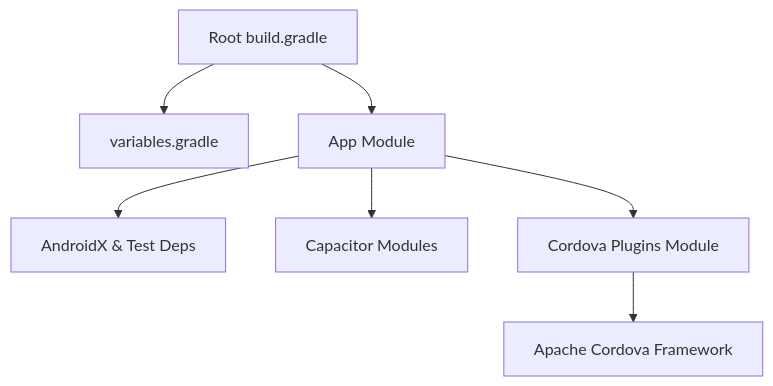
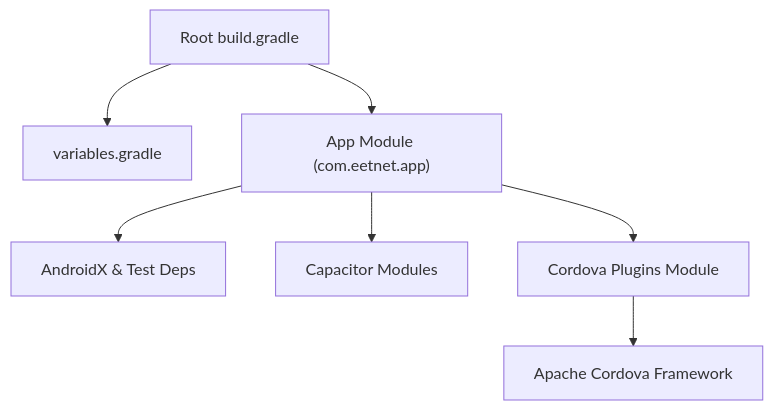
The third of 3 diagrams in .qoder/repowiki/en/content/Deployment & DevOps/Build Processes/Android Build Pipeline.md (techniciansupremus-lab/Project-Anime), drawn with Mermaid before and after one commit. The commit also changed other lines of this file and 101 other files, not shown here.

````diff
--- a/.qoder/repowiki/en/content/Deployment & DevOps/Build Processes/Android Build Pipeline.md
+++ b/.qoder/repowiki/en/content/Deployment & DevOps/Build Processes/Android Build Pipeline.md
@@ -225,9 +252,9 @@
 ```mermaid
 graph TD
 Root["Root build.gradle"] --> Vars["variables.gradle"]
-Root --> AppMod["App Module"]
+Root --> AppMod["App Module (com.eetnet.app)"]
 AppMod --> Deps["AndroidX & Test Deps"]
 AppMod --> CapMods["Capacitor Modules"]
 AppMod --> CordovaMod["Cordova Plugins Module"]
 CordovaMod --> CordovaFW["Apache Cordova Framework"]
 ```
````
